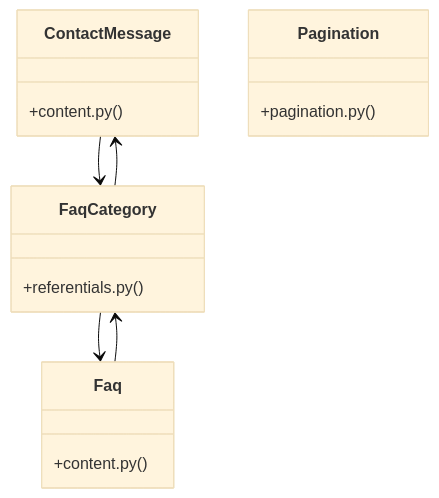
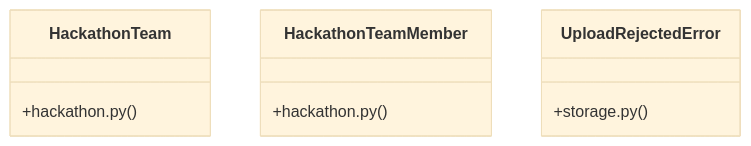
Before and after one commit to adjanayo/synca_conf_back: the diagram in graphify-out/wiki/[PassType_&_register_payload()]_Cluster.md, drawn with Mermaid (base theme). The commit also changed other lines of this file and 68 other files, not shown here.

````diff
--- a/graphify-out/wiki/[PassType_&_register_payload()]_Cluster.md
+++ b/graphify-out/wiki/[PassType_&_register_payload()]_Cluster.md
@@ -36,19 +36,12 @@
 ```mermaid
 classDiagram
-    class ContactMessage {
-        +content.py()
+    class HackathonTeam {
+        +hackathon.py()
     }
-    class Faq {
-        +content.py()
+    class HackathonTeamMember {
+        +hackathon.py()
     }
-    class Pagination {
-        +pagination.py()
+    class UploadRejectedError {
+        +storage.py()
     }
-    class FaqCategory {
-        +referentials.py()
-    }
-    ContactMessage --> FaqCategory
-    Faq --> FaqCategory
-    FaqCategory --> Faq
-    FaqCategory --> ContactMessage
 ```
````
